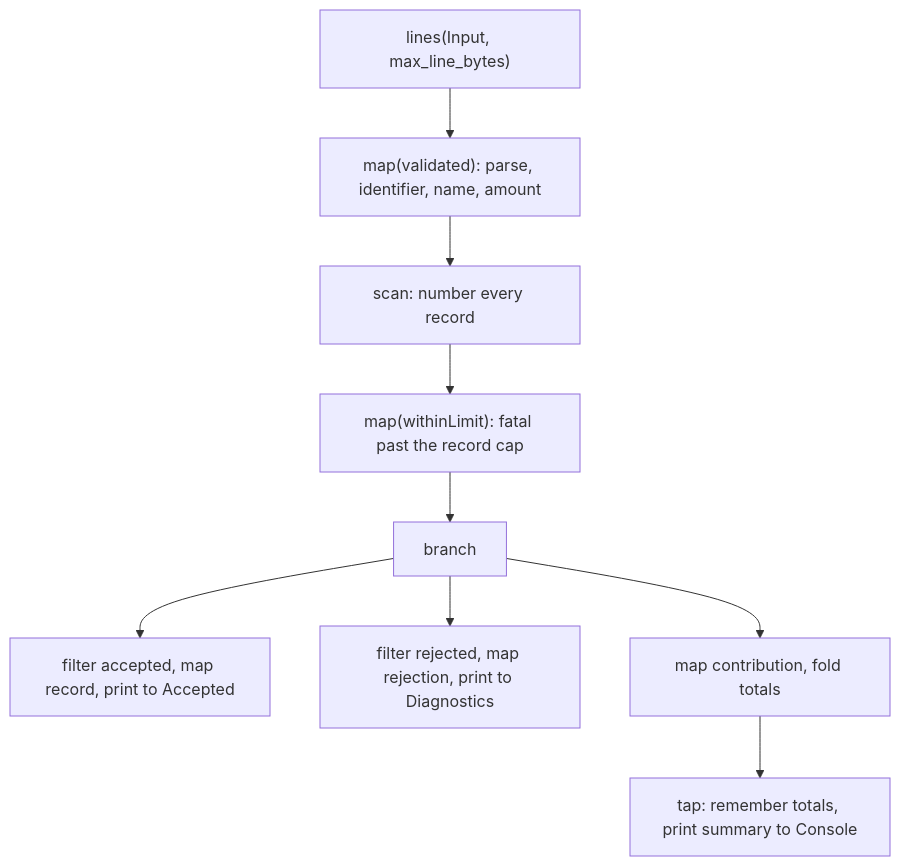
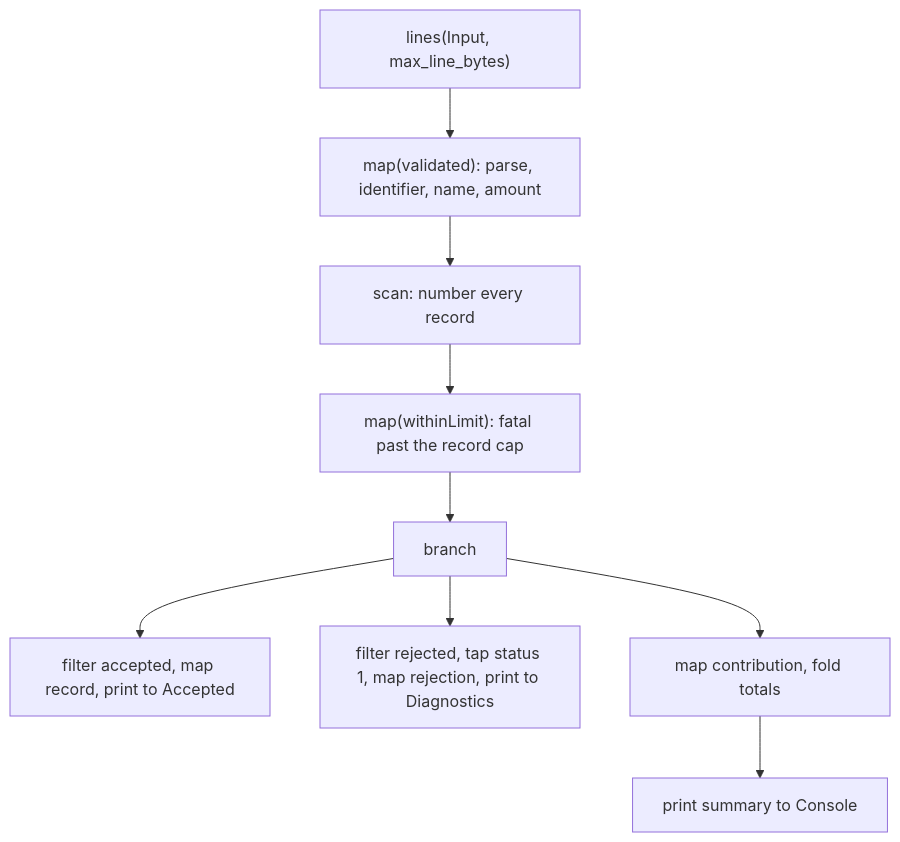
Before and after one commit to aleksaelezovic/zrx: the diagram in examples/apps/record-processor/README.md, drawn with Mermaid. The commit also changed other lines of this file and 3 other files, not shown here.

````diff
--- a/examples/apps/record-processor/README.md
+++ b/examples/apps/record-processor/README.md
@@ -37,11 +37,11 @@
 ```mermaid
 flowchart TD
     L["lines(Input, max_line_bytes)"] --> V["map(validated): parse, identifier, name, amount"]
     V --> N["scan: number every record"]
     N --> M["map(withinLimit): fatal past the record cap"]
     M --> B["branch"]
     B --> A["filter accepted, map record, print to Accepted"]
-    B --> R["filter rejected, map rejection, print to Diagnostics"]
+    B --> R["filter rejected, tap status 1, map rejection, print to Diagnostics"]
     B --> T["map contribution, fold totals"]
-    T --> S["tap: remember totals, print summary to Console"]
+    T --> S["print summary to Console"]
 ```
````
